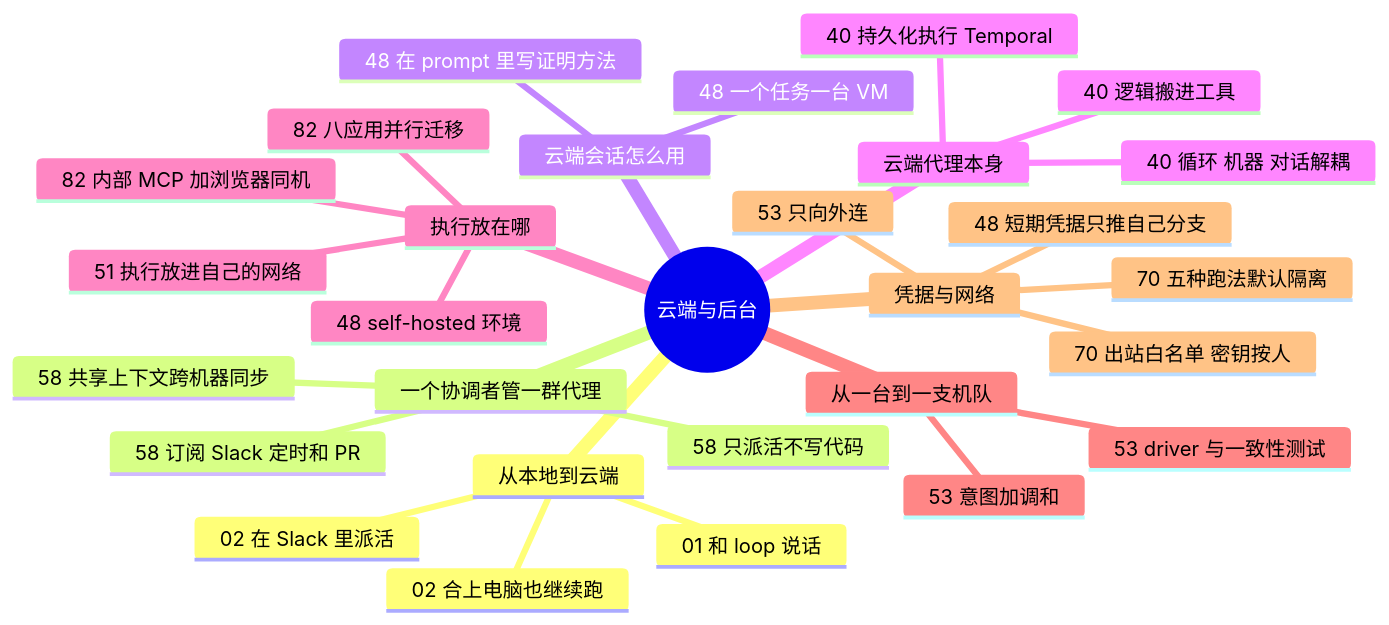
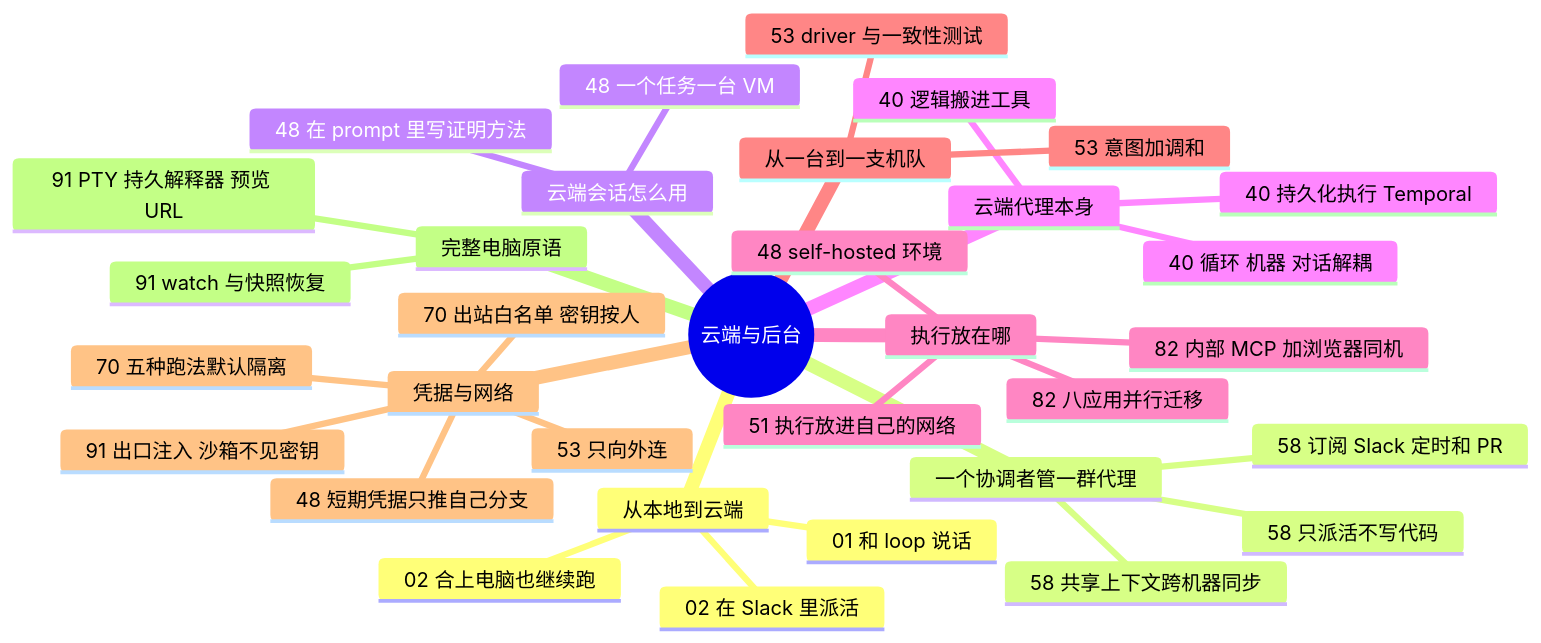
The diagram in docs/guide/cloud.md (yzw7489757/ai-coding-videos), drawn with Mermaid before and after one commit. The commit also changed other lines of this file and 17 other files, not shown here.

````diff
--- a/docs/guide/cloud.md
+++ b/docs/guide/cloud.md
@@ -13,32 +13,36 @@
 ```mermaid
 mindmap
   root((云端与后台))
     从本地到云端
       01 和 loop 说话
       02 合上电脑也继续跑
       02 在 Slack 里派活
     一个协调者管一群代理
       58 只派活不写代码
       58 共享上下文跨机器同步
       58 订阅 Slack 定时和 PR
     云端会话怎么用
       48 一个任务一台 VM
       48 在 prompt 里写证明方法
     云端代理本身
       40 持久化执行 Temporal
       40 循环 机器 对话解耦
       40 逻辑搬进工具
     执行放在哪
       51 执行放进自己的网络
       48 self-hosted 环境
       82 内部 MCP 加浏览器同机
       82 八应用并行迁移
     从一台到一支机队
       53 意图加调和
       53 driver 与一致性测试
     凭据与网络
       48 短期凭据只推自己分支
       53 只向外连
       70 出站白名单 密钥按人
       70 五种跑法默认隔离
+      91 出口注入 沙箱不见密钥
+    完整电脑原语
+      91 PTY 持久解释器 预览 URL
+      91 watch 与快照恢复
 ```
````
